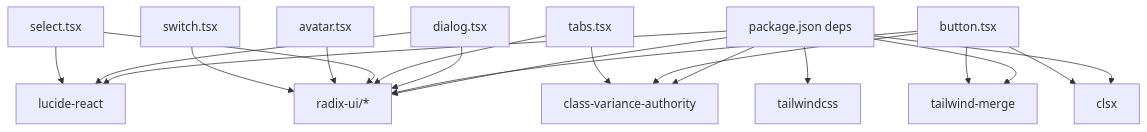
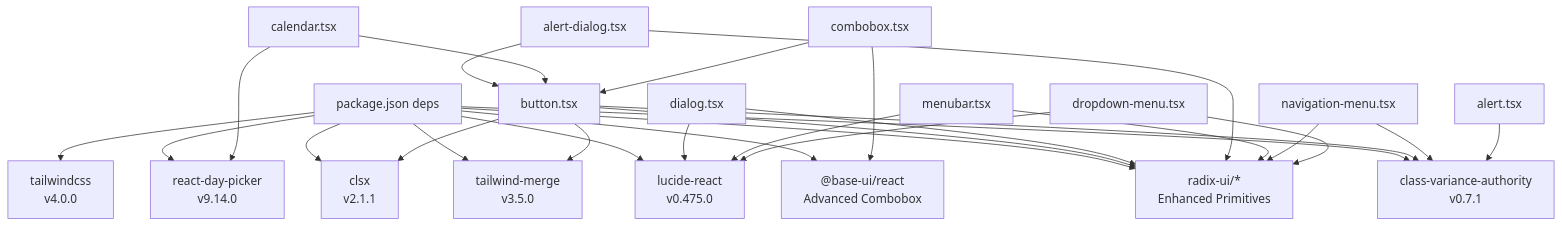
The seventh of 7 diagrams in .qoder/repowiki/en/content/Frontend Components & UI/UI Component Library.md (vincet0t15/template), drawn with Mermaid before and after one commit. The commit also changed other lines of this file and 5 other files, not shown here.

````diff
--- a/.qoder/repowiki/en/content/Frontend Components & UI/UI Component Library.md
+++ b/.qoder/repowiki/en/content/Frontend Components & UI/UI Component Library.md
@@ -344,28 +512,39 @@
 ```mermaid
 graph TB
 PKG["package.json deps"]
-CVA["class-variance-authority"]
-RADIX["radix-ui/*"]
-LUCIDE["lucide-react"]
-TW_M["tailwind-merge"]
-CLSX["clsx"]
-TWTAILWIND["tailwindcss"]
+CVA["class-variance-authority<br/>v0.7.1"]
+RADIX["radix-ui/*<br/>Enhanced Primitives"]
+LUCIDE["lucide-react<br/>v0.475.0"]
+BASEUI["@base-ui/react<br/>Advanced Combobox"]
+DAYPICKER["react-day-picker<br/>v9.14.0"]
+TW_M["tailwind-merge<br/>v3.5.0"]
+CLSX["clsx<br/>v2.1.1"]
+TAILWIND["tailwindcss<br/>v4.0.0"]
 PKG --> CVA
 PKG --> RADIX
 PKG --> LUCIDE
+PKG --> BASEUI
+PKG --> DAYPICKER
 PKG --> TW_M
 PKG --> CLSX
-PKG --> TWTAILWIND
+PKG --> TAILWIND
 BTN["button.tsx"] --> CVA
 BTN --> RADIX
 BTN --> CLSX
 BTN --> TW_M
 DLG["dialog.tsx"] --> RADIX
 DLG --> LUCIDE
-TABS["tabs.tsx"] --> CVA
-TABS --> RADIX
-SEL["select.tsx"] --> RADIX
-SEL --> LUCIDE
-AVA["avatar.tsx"] --> RADIX
-SW["switch.tsx"] --> RADIX
+ADLG["alert-dialog.tsx"] --> RADIX
+ADLG --> BTN
+MBAR["menubar.tsx"] --> RADIX
+MBAR --> LUCIDE
+NVMENU["navigation-menu.tsx"] --> RADIX
+NVMENU --> CVA
+CAL["calendar.tsx"] --> DAYPICKER
+CAL --> BTN
+COMBO["combobox.tsx"] --> BASEUI
+COMBO --> BTN
+DROP["dropdown-menu.tsx"] --> RADIX
+DROP --> LUCIDE
+ALERT["alert.tsx"] --> CVA
 ```
````
